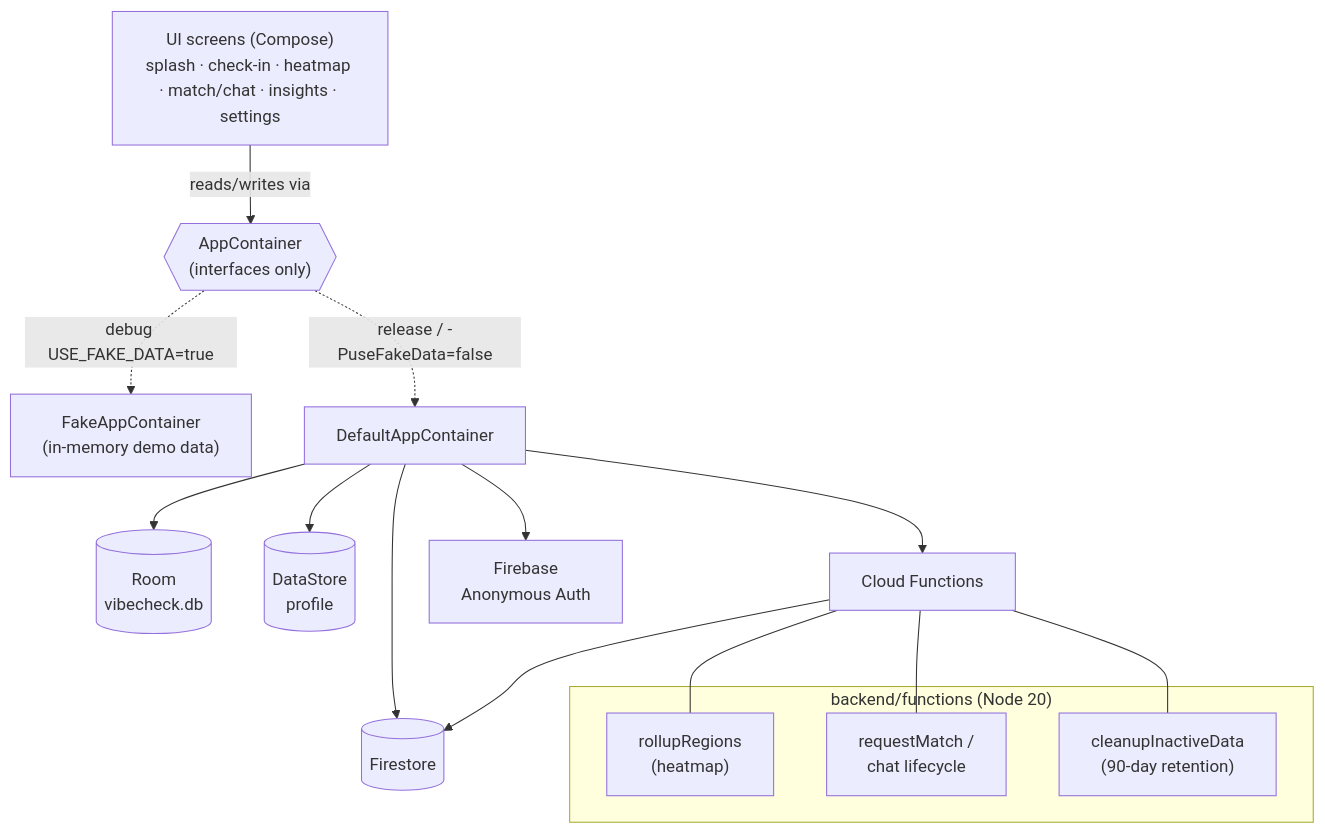
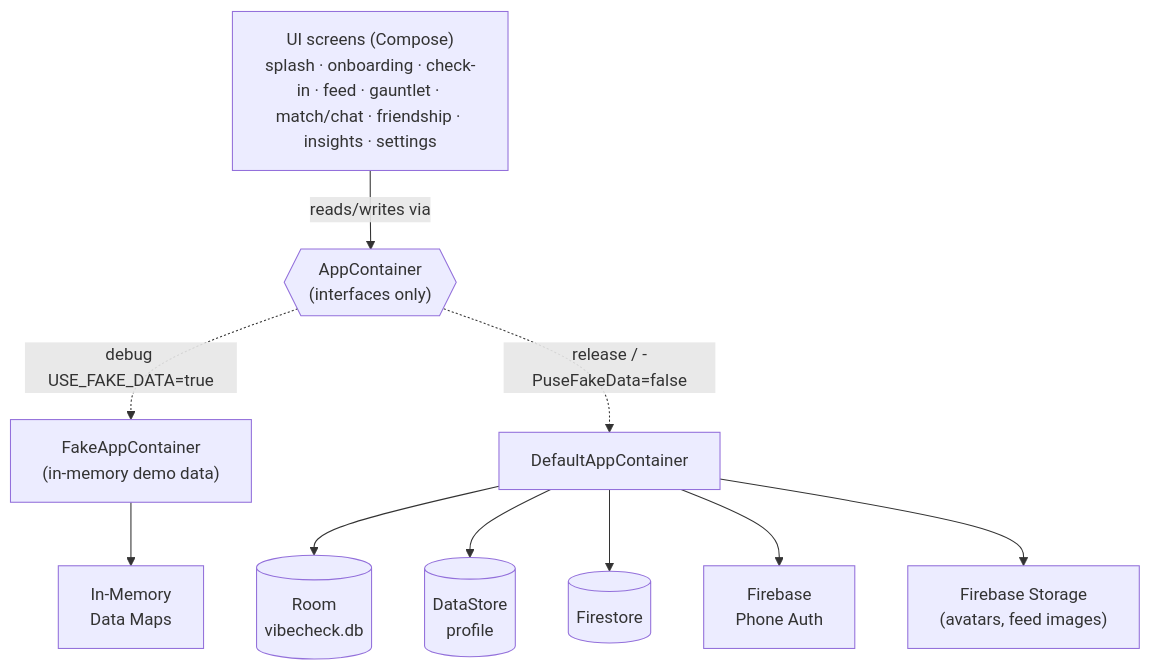
Before and after one commit to dipen-b/vibe-check-apk: the first of 2 diagrams in README.md, drawn with Mermaid. The commit also changed other lines of this file and 1 other file, not shown here.

````diff
--- a/README.md
+++ b/README.md
@@ -69,23 +61,17 @@
 ```mermaid
 flowchart TD
-    UI["UI screens (Compose)\nsplash · check-in · heatmap · match/chat · insights · settings"]
+    UI["UI screens (Compose)\nsplash · onboarding · check-in · feed · gauntlet · match/chat · friendship · insights · settings"]
     AC{{"AppContainer\n(interfaces only)"}}
     UI -->|reads/writes via| AC
 
     AC -.debug USE_FAKE_DATA=true.-> FAKE["FakeAppContainer\n(in-memory demo data)"]
     AC -.release / -PuseFakeData=false.-> REAL["DefaultAppContainer"]
 
     REAL --> ROOM[("Room\nvibecheck.db")]
     REAL --> DS[("DataStore\nprofile")]
     REAL --> FS[("Firestore")]
-    REAL --> AUTH["Firebase\nAnonymous Auth"]
-    REAL --> FN["Cloud Functions"]
+    REAL --> AUTH["Firebase\nPhone Auth"]
+    REAL --> STORAGE["Firebase Storage\n(avatars, feed images)"]
 
-    FN --> FS
-    subgraph Backend["backend/functions (Node 20)"]
-        FN1["rollupRegions\n(heatmap)"]
-        FN2["requestMatch /\nchat lifecycle"]
-        FN3["cleanupInactiveData\n(90-day retention)"]
-    end
-    FN --- FN1 & FN2 & FN3
+    FAKE --> FAKEFS["In-Memory\nData Maps"]
 ```
````
